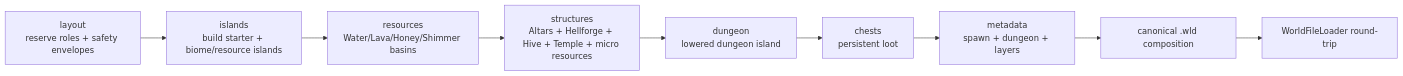
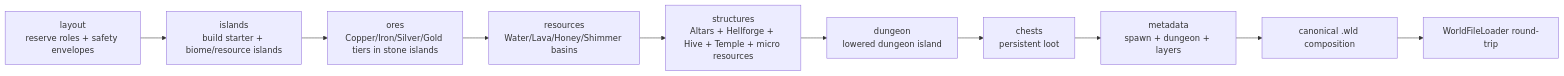
One commit to VegaKernel/TerraRuntime changed the diagram in docs/en/skyblock-world-generation.md. Above: the diagram before and after it, drawn with Mermaid. The commit also changed other lines of this file and 8 other files, not shown here.

````diff
--- a/docs/en/skyblock-world-generation.md
+++ b/docs/en/skyblock-world-generation.md
@@ -11,11 +11,12 @@
 ```mermaid
 flowchart LR
     Layout["layout\nreserve roles + safety envelopes"] --> Islands["islands\nbuild starter + biome/resource islands"]
-    Islands --> Resources["resources\nWater/Lava/Honey/Shimmer basins"]
+    Islands --> Ores["ores\nCopper/Iron/Silver/Gold tiers in stone islands"]
+    Ores --> Resources["resources\nWater/Lava/Honey/Shimmer basins"]
     Resources --> Structures["structures\nAltars + Hellforge + Hive + Temple + micro resources"]
     Structures --> Dungeon["dungeon\nlowered dungeon island"]
     Dungeon --> Chests["chests\npersistent loot"]
     Chests --> Metadata["metadata\nspawn + dungeon + layers"]
     Metadata --> Compose["canonical .wld composition"]
     Compose --> Validate["WorldFileLoader round-trip"]
 ```
````
